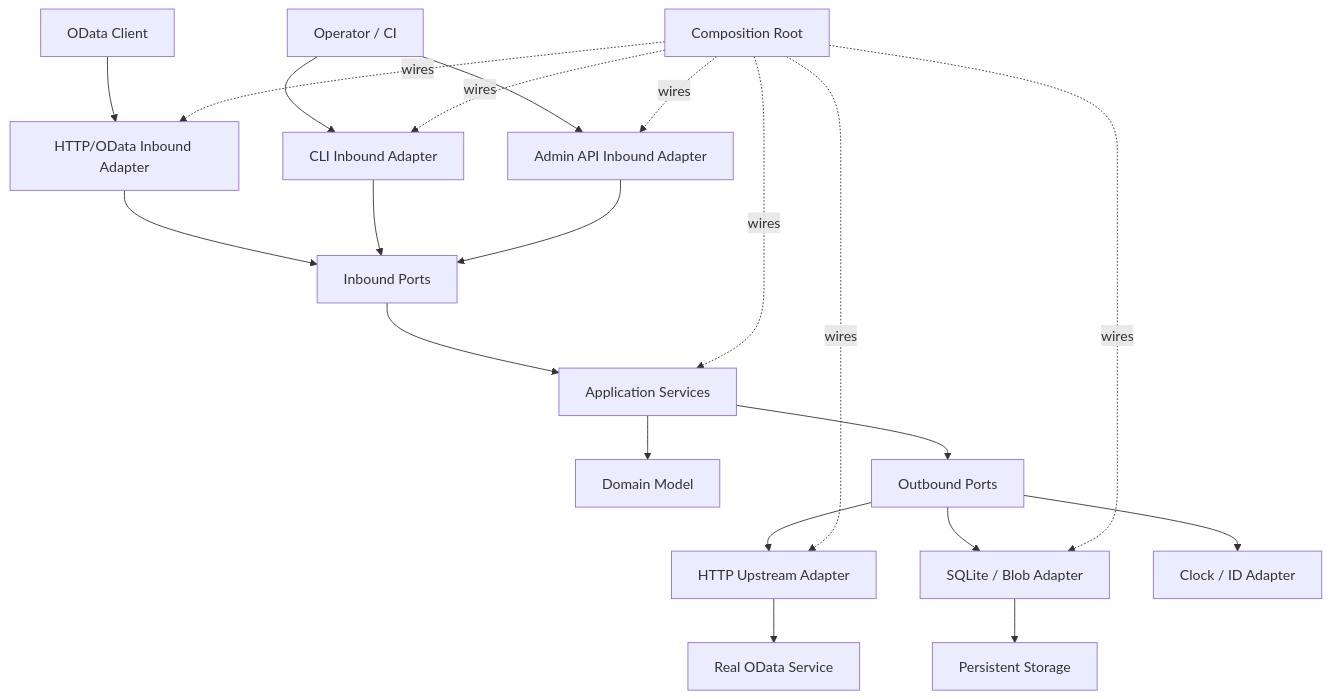
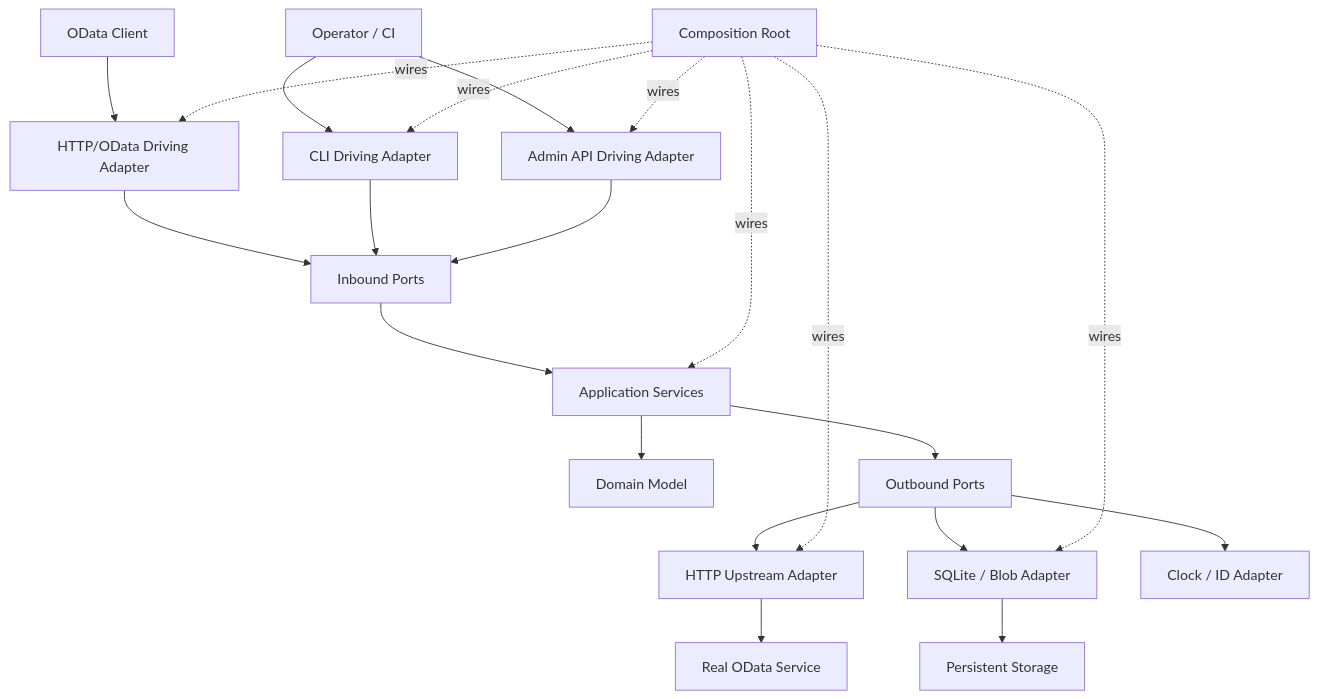
Before and after one commit to pt9912/odata-recorder: the first of 10 diagrams in spec/architecture.md, drawn with Mermaid. The commit also changed other lines of this file, not shown here.

Commit message:
Architektur: Adapter-Verzeichnisse wieder driving/driven, Ports inbound/outbound (LH-FA-04)

````diff
--- a/spec/architecture.md
+++ b/spec/architecture.md
@@ -24,23 +24,23 @@
 ```mermaid
 flowchart TB
-  Client[OData Client] --> HTTP[HTTP/OData Inbound Adapter]
-  Operator[Operator / CI] --> CLI[CLI Inbound Adapter]
-  Operator --> Admin[Admin API Inbound Adapter]
+  Client[OData Client] --> HTTP[HTTP/OData Driving Adapter]
+  Operator[Operator / CI] --> CLI[CLI Driving Adapter]
+  Operator --> Admin[Admin API Driving Adapter]
   HTTP --> In[Inbound Ports]
   CLI --> In
   Admin --> In
   In --> Svc[Application Services]
   Svc --> Domain[Domain Model]
   Svc --> Out[Outbound Ports]
   Out --> Upstream[HTTP Upstream Adapter]
   Out --> Store[SQLite / Blob Adapter]
   Out --> Clock[Clock / ID Adapter]
   Upstream --> Remote[Real OData Service]
   Store --> Disk[Persistent Storage]
   Boot[Composition Root] -. wires .-> HTTP
   Boot -. wires .-> CLI
   Boot -. wires .-> Admin
   Boot -. wires .-> Svc
   Boot -. wires .-> Upstream
   Boot -. wires .-> Store
 ```
````
